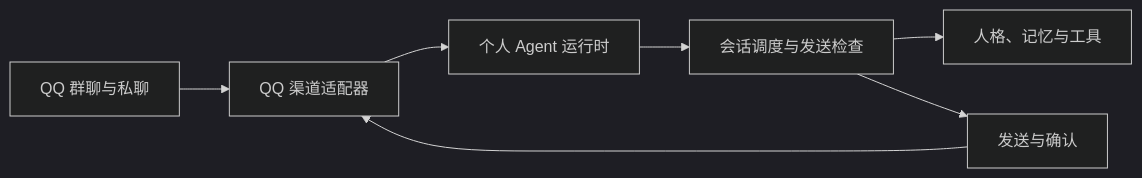
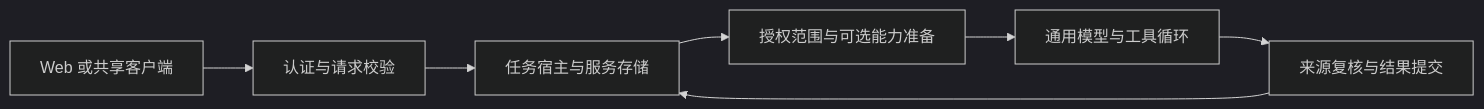
Before and after one commit to ledshic/qq-ai-companion: the diagram in docs/PERSONAL-AGENT-ARCHITECTURE.md, drawn with Mermaid (dark theme). The commit also changed other lines of this file and 290 other files, not shown here.

````diff
--- a/docs/PERSONAL-AGENT-ARCHITECTURE.md
+++ b/docs/PERSONAL-AGENT-ARCHITECTURE.md
@@ -55,9 +7,9 @@
 ```mermaid
 flowchart LR
-  A[QQ 群聊与私聊] --> B[QQ 渠道适配器]
-  B --> C[个人 Agent 运行时]
-  C --> D[会话调度与发送检查]
-  D --> E[人格、记忆与工具]
-  D --> F[发送与确认]
-  F --> B
+  A[Web 或共享客户端] --> B[认证与请求校验]
+  B --> C[任务宿主与服务存储]
+  C --> D[授权范围与可选能力准备]
+  D --> E[通用模型与工具循环]
+  E --> F[来源复核与结果提交]
+  F --> C
 ```
````
